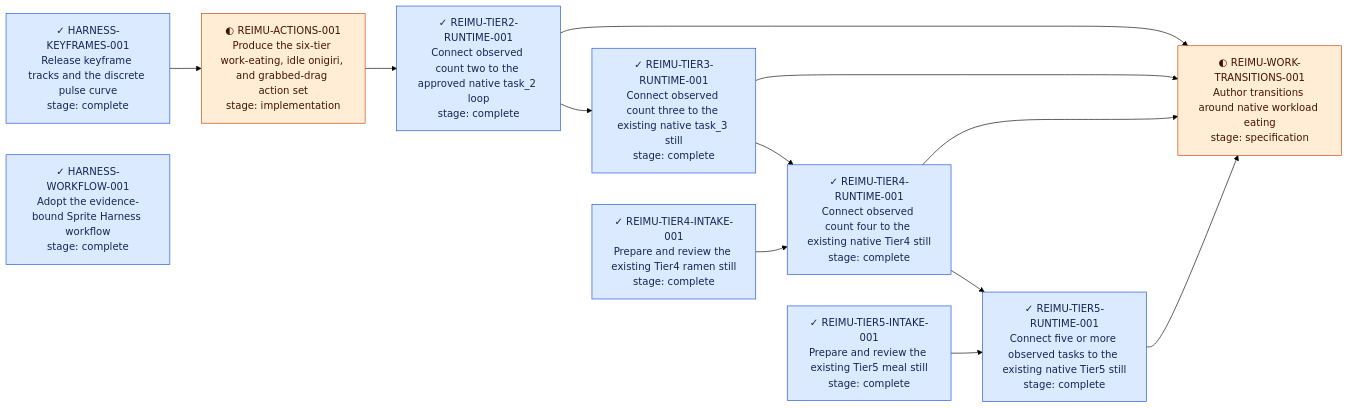
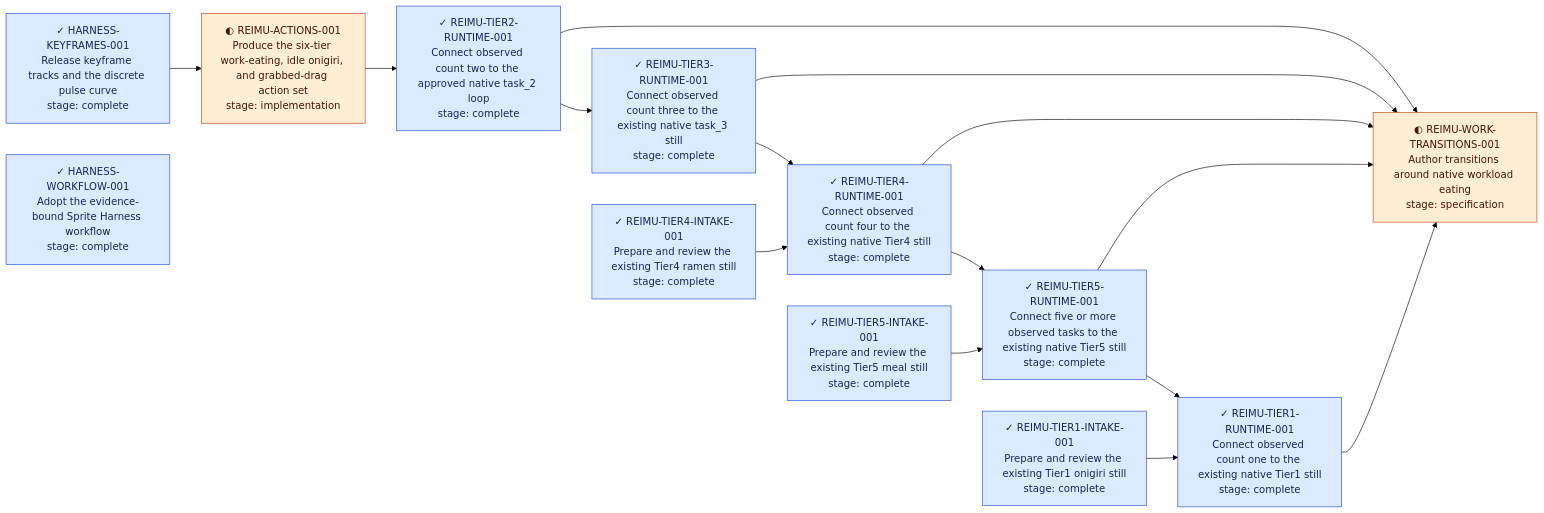
The diagram in workflow/README.md (lyw-ops/Spirite-harness), drawn with Mermaid (forest theme) before and after one commit. The commit also changed other lines of this file and 8 other files, not shown here.

Commit message:
Close Reimu Tier1 native slice

````diff
--- a/workflow/README.md
+++ b/workflow/README.md
@@ -45,29 +47,34 @@
 ```mermaid
 flowchart LR
     N_HARNESS_KEYFRAMES_001["✓ HARNESS-KEYFRAMES-001<br/>Release keyframe tracks and the discrete pulse curve<br/>stage: complete"]
     N_HARNESS_WORKFLOW_001["✓ HARNESS-WORKFLOW-001<br/>Adopt the evidence-bound Sprite Harness workflow<br/>stage: complete"]
     N_REIMU_ACTIONS_001["◐ REIMU-ACTIONS-001<br/>Produce the six-tier work-eating, idle onigiri, and grabbed-drag action set<br/>stage: implementation"]
+    N_REIMU_TIER1_INTAKE_001["✓ REIMU-TIER1-INTAKE-001<br/>Prepare and review the existing Tier1 onigiri still<br/>stage: complete"]
+    N_REIMU_TIER1_RUNTIME_001["✓ REIMU-TIER1-RUNTIME-001<br/>Connect observed count one to the existing native Tier1 still<br/>stage: complete"]
     N_REIMU_TIER2_RUNTIME_001["✓ REIMU-TIER2-RUNTIME-001<br/>Connect observed count two to the approved native task_2 loop<br/>stage: complete"]
     N_REIMU_TIER3_RUNTIME_001["✓ REIMU-TIER3-RUNTIME-001<br/>Connect observed count three to the existing native task_3 still<br/>stage: complete"]
     N_REIMU_TIER4_INTAKE_001["✓ REIMU-TIER4-INTAKE-001<br/>Prepare and review the existing Tier4 ramen still<br/>stage: complete"]
     N_REIMU_TIER4_RUNTIME_001["✓ REIMU-TIER4-RUNTIME-001<br/>Connect observed count four to the existing native Tier4 still<br/>stage: complete"]
     N_REIMU_TIER5_INTAKE_001["✓ REIMU-TIER5-INTAKE-001<br/>Prepare and review the existing Tier5 meal still<br/>stage: complete"]
     N_REIMU_TIER5_RUNTIME_001["✓ REIMU-TIER5-RUNTIME-001<br/>Connect five or more observed tasks to the existing native Tier5 still<br/>stage: complete"]
     N_REIMU_WORK_TRANSITIONS_001["◐ REIMU-WORK-TRANSITIONS-001<br/>Author transitions around native workload eating<br/>stage: specification"]
     N_HARNESS_KEYFRAMES_001 --> N_REIMU_ACTIONS_001
+    N_REIMU_TIER5_RUNTIME_001 --> N_REIMU_TIER1_RUNTIME_001
+    N_REIMU_TIER1_INTAKE_001 --> N_REIMU_TIER1_RUNTIME_001
     N_REIMU_ACTIONS_001 --> N_REIMU_TIER2_RUNTIME_001
     N_REIMU_TIER2_RUNTIME_001 --> N_REIMU_TIER3_RUNTIME_001
     N_REIMU_TIER3_RUNTIME_001 --> N_REIMU_TIER4_RUNTIME_001
     N_REIMU_TIER4_INTAKE_001 --> N_REIMU_TIER4_RUNTIME_001
     N_REIMU_TIER4_RUNTIME_001 --> N_REIMU_TIER5_RUNTIME_001
     N_REIMU_TIER5_INTAKE_001 --> N_REIMU_TIER5_RUNTIME_001
     N_REIMU_TIER2_RUNTIME_001 --> N_REIMU_WORK_TRANSITIONS_001
     N_REIMU_TIER3_RUNTIME_001 --> N_REIMU_WORK_TRANSITIONS_001
     N_REIMU_TIER4_RUNTIME_001 --> N_REIMU_WORK_TRANSITIONS_001
     N_REIMU_TIER5_RUNTIME_001 --> N_REIMU_WORK_TRANSITIONS_001
+    N_REIMU_TIER1_RUNTIME_001 --> N_REIMU_WORK_TRANSITIONS_001
     classDef complete fill:#dbeafe,stroke:#1d4ed8,color:#172554;
     classDef active fill:#ffedd5,stroke:#c2410c,color:#431407;
     classDef blocked fill:#fee2e2,stroke:#b91c1c,color:#450a0a;
-    class N_HARNESS_KEYFRAMES_001,N_HARNESS_WORKFLOW_001,N_REIMU_TIER2_RUNTIME_001,N_REIMU_TIER3_RUNTIME_001,N_REIMU_TIER4_INTAKE_001,N_REIMU_TIER4_RUNTIME_001,N_REIMU_TIER5_INTAKE_001,N_REIMU_TIER5_RUNTIME_001 complete;
+    class N_HARNESS_KEYFRAMES_001,N_HARNESS_WORKFLOW_001,N_REIMU_TIER1_INTAKE_001,N_REIMU_TIER1_RUNTIME_001,N_REIMU_TIER2_RUNTIME_001,N_REIMU_TIER3_RUNTIME_001,N_REIMU_TIER4_INTAKE_001,N_REIMU_TIER4_RUNTIME_001,N_REIMU_TIER5_INTAKE_001,N_REIMU_TIER5_RUNTIME_001 complete;
     class N_REIMU_ACTIONS_001,N_REIMU_WORK_TRANSITIONS_001 active;
 ```
````
